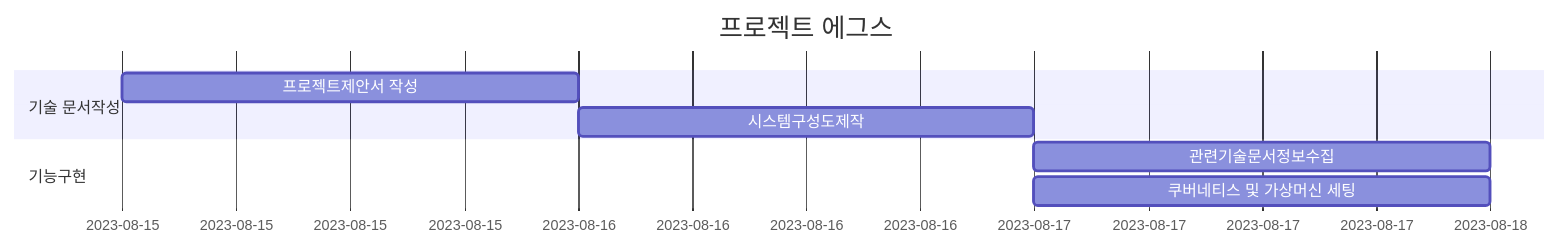
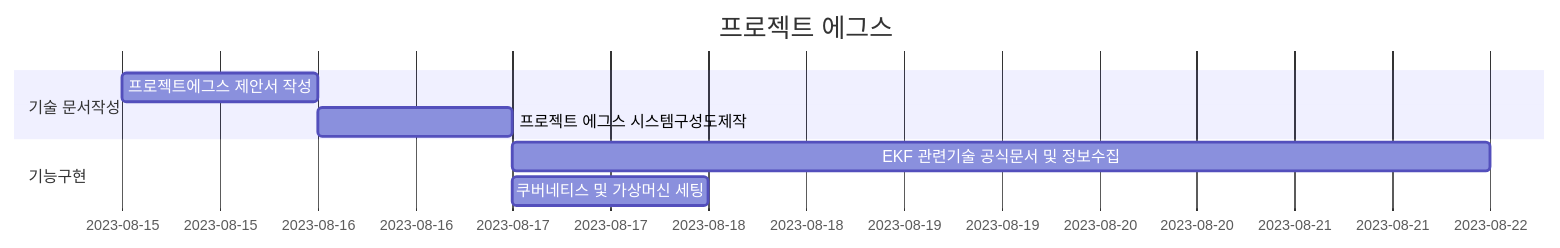
One commit to minjunkim5876/project_eggs changed the diagram in README.md. Above: the diagram before and after it, drawn with Mermaid.

Commit message:
ㅇ

````diff
--- a/README.md
+++ b/README.md
@@ -4,12 +4,12 @@
 ```mermaid
 gantt
     title 프로젝트 에그스
     dateFormat  YYYY-MM-DD
     section 기술 문서작성
-    프로젝트제안서 작성  : a1, 2023-8-15, 1d
-    시스템구성도제작  : 2023-8-16, 1d
+    프로젝트에그스 제안서 작성  : a1, 2023-8-15, 1d
+    프로젝트 에그스 시스템구성도제작  : 2023-8-16, 1d
 
     section 기능구현
-    관련기술문서정보수집     : 2023-8-17  , 1d
+    EKF 관련기술 공식문서 및 정보수집     : 2023-8-17  , 5d
     쿠버네티스 및 가상머신 세팅 : 2023-8-17,  1d
 ```
````
